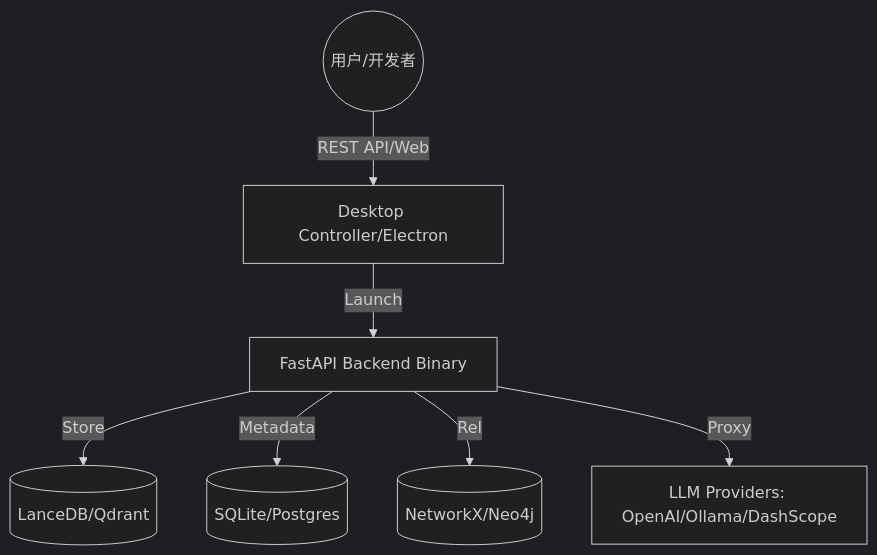
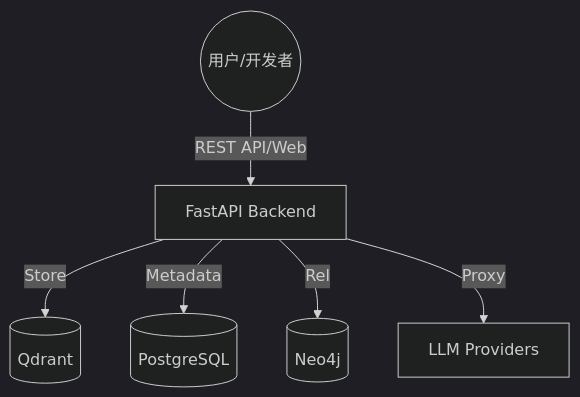
Before and after one commit to luogangan7-lgtm/ai-memory-os: the diagram in README_CN.md, drawn with Mermaid (dark theme). The commit also changed other lines of this file and 13 other files, not shown here.

````diff
--- a/README_CN.md
+++ b/README_CN.md
@@ -24,9 +23,8 @@
 ```mermaid
 graph TD
-    User((用户/开发者)) -->|REST API/Web| Controller[Desktop Controller/Electron]
-    Controller -->|Launch| Backend[FastAPI Backend Binary]
-    Backend -->|Store| VectorDB[(LanceDB/Qdrant)]
-    Backend -->|Metadata| SQLite[(SQLite/Postgres)]
-    Backend -->|Rel| GraphDB[(NetworkX/Neo4j)]
-    Backend -->|Proxy| LLM[LLM Providers: OpenAI/Ollama/DashScope]
+    User((用户/开发者)) -->|REST API/Web| Backend[FastAPI Backend]
+    Backend -->|Store| VectorDB[(Qdrant)]
+    Backend -->|Metadata| Postgres[(PostgreSQL)]
+    Backend -->|Rel| GraphDB[(Neo4j)]
+    Backend -->|Proxy| LLM[LLM Providers]
 ```
````
